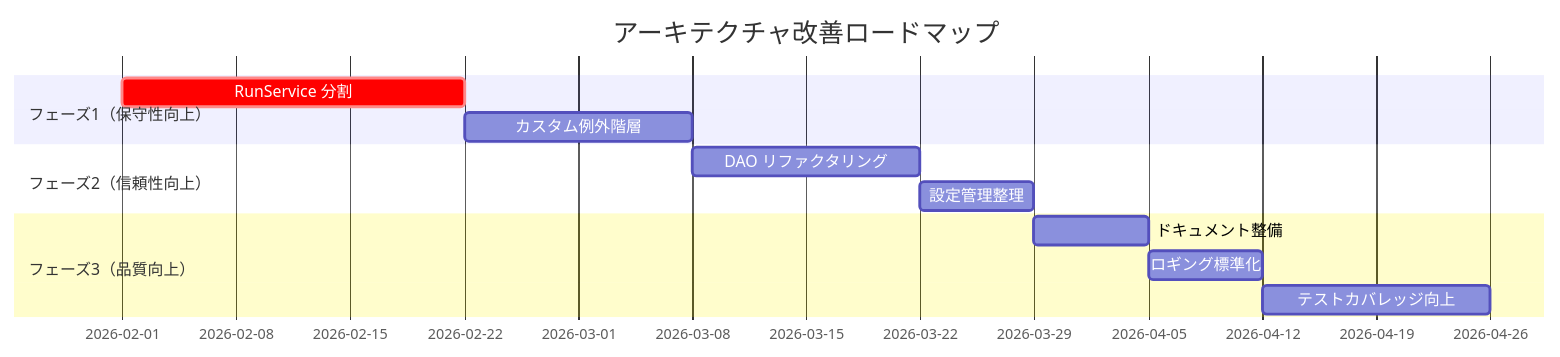
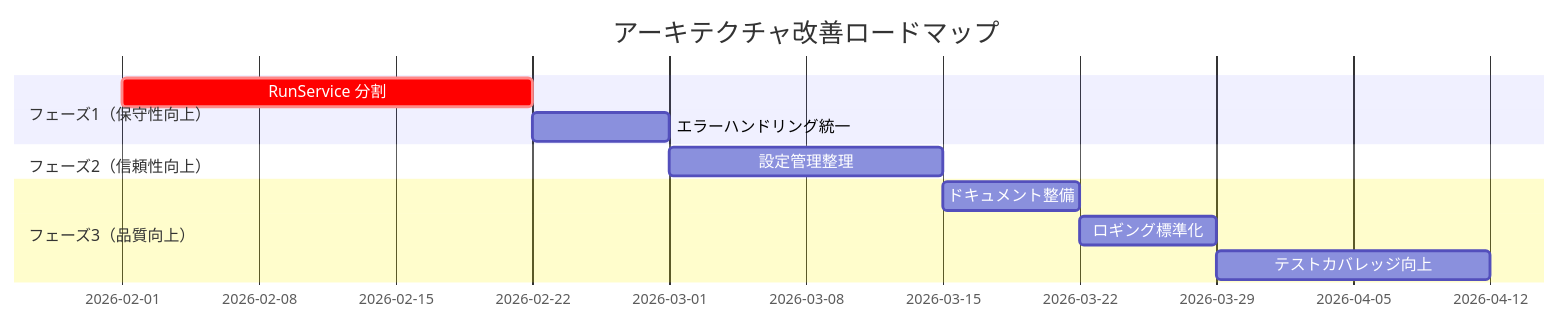
One commit to hampen2929/zloth changed the diagram in docs/architecture-review.md. Above: the diagram before and after it, drawn with Mermaid. The commit also changed other lines of this file, not shown here.

````diff
--- a/docs/architecture-review.md
+++ b/docs/architecture-review.md
@@ -192,15 +208,14 @@
 ```mermaid
 gantt
     title アーキテクチャ改善ロードマップ
     dateFormat YYYY-MM
     section フェーズ1（保守性向上）
-    RunService 分割       :crit, p1-1, 2026-02, 3w
-    カスタム例外階層      :p1-2, after p1-1, 2w
+    RunService 分割           :crit, p1-1, 2026-02, 3w
+    エラーハンドリング統一    :p1-2, after p1-1, 1w
     section フェーズ2（信頼性向上）
-    DAO リファクタリング  :p2-1, after p1-2, 2w
-    設定管理整理          :p2-2, after p2-1, 1w
+    設定管理整理              :p2-1, after p1-2, 2w
     section フェーズ3（品質向上）
-    ドキュメント整備      :p3-1, after p2-2, 1w
-    ロギング標準化        :p3-2, after p3-1, 1w
-    テストカバレッジ向上  :p3-3, after p3-2, 2w
+    ドキュメント整備          :p3-1, after p2-1, 1w
+    ロギング標準化            :p3-2, after p3-1, 1w
+    テストカバレッジ向上      :p3-3, after p3-2, 2w
 ```
````
